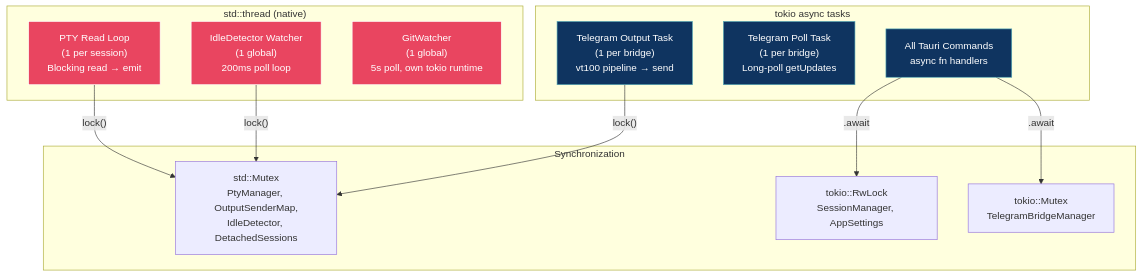
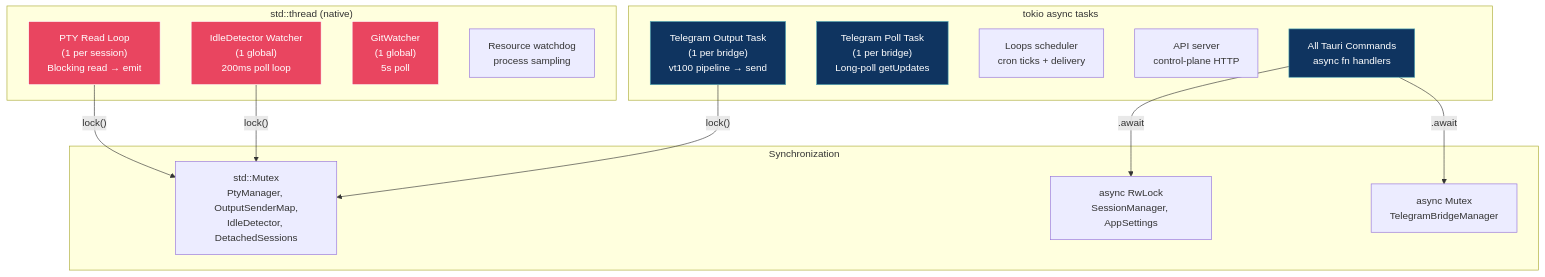
One commit to mblua/AgentsCommander changed diagram 14 of 14 in docs/reference/architecture.md. Above: the diagram before and after it, drawn with Mermaid. The commit also changed other lines of this file, not shown here.

First line of the commit message:
docs(1320): rewrite architecture map against current 0.20.x codebase

````diff
--- a/docs/reference/architecture.md
+++ b/docs/reference/architecture.md
@@ -620,33 +675,36 @@
 ```mermaid
 graph TD
     subgraph "std::thread (native)"
         T1["PTY Read Loop<br/>(1 per session)<br/>Blocking read → emit"]
         T2["IdleDetector Watcher<br/>(1 global)<br/>200ms poll loop"]
-        T3["GitWatcher<br/>(1 global)<br/>5s poll, own tokio runtime"]
+        T3["GitWatcher<br/>(1 global)<br/>5s poll"]
+        T4["Resource watchdog<br/>process sampling"]
     end
 
     subgraph "tokio async tasks"
-        T4["Telegram Output Task<br/>(1 per bridge)<br/>vt100 pipeline → send"]
-        T5["Telegram Poll Task<br/>(1 per bridge)<br/>Long-poll getUpdates"]
-        T6["All Tauri Commands<br/>async fn handlers"]
+        T5["Telegram Output Task<br/>(1 per bridge)<br/>vt100 pipeline → send"]
+        T6["Telegram Poll Task<br/>(1 per bridge)<br/>Long-poll getUpdates"]
+        T7["Loops scheduler<br/>cron ticks + delivery"]
+        T8["API server<br/>control-plane HTTP"]
+        T9["All Tauri Commands<br/>async fn handlers"]
     end
 
     subgraph "Synchronization"
         M1["std::Mutex<br/>PtyManager, OutputSenderMap,<br/>IdleDetector, DetachedSessions"]
-        M2["tokio::RwLock<br/>SessionManager, AppSettings"]
-        M3["tokio::Mutex<br/>TelegramBridgeManager"]
+        M2["async RwLock<br/>SessionManager, AppSettings"]
+        M3["async Mutex<br/>TelegramBridgeManager"]
     end
 
     T1 -->|"lock()"| M1
     T2 -->|"lock()"| M1
-    T4 -->|"lock()"| M1
-    T6 -->|".await"| M2
-    T6 -->|".await"| M3
+    T5 -->|"lock()"| M1
+    T9 -->|".await"| M2
+    T9 -->|".await"| M3
 
     style T1 fill:#e94560,stroke:#fff,color:#fff
     style T2 fill:#e94560,stroke:#fff,color:#fff
     style T3 fill:#e94560,stroke:#fff,color:#fff
-    style T4 fill:#0f3460,stroke:#53a8b6,color:#fff
     style T5 fill:#0f3460,stroke:#53a8b6,color:#fff
     style T6 fill:#0f3460,stroke:#53a8b6,color:#fff
+    style T9 fill:#0f3460,stroke:#53a8b6,color:#fff
 ```
````
